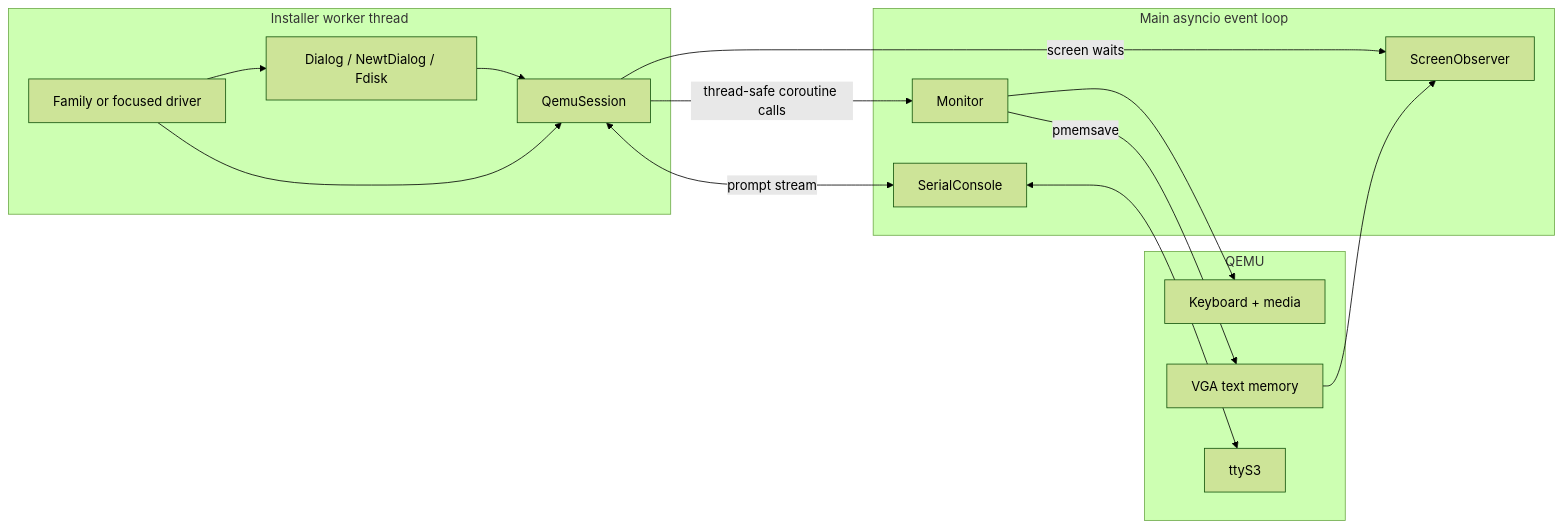
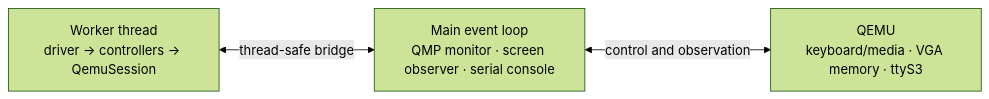
The fourth of 7 diagrams in ARCHITECTURE.md (jblang/retrodist), drawn with Mermaid (forest theme) before and after one commit. The commit also changed other lines of this file and 6 other files, not shown here.

````diff
--- a/ARCHITECTURE.md
+++ b/ARCHITECTURE.md
@@ -174,29 +172,9 @@
 ```mermaid
 flowchart LR
-    subgraph worker[Installer worker thread]
-        driver["Family or focused driver"]
-        dialog["Dialog / NewtDialog / Fdisk"]
-        session["QemuSession"]
-        driver --> dialog --> session
-        driver --> session
-    end
+    worker["Worker thread<br/>driver → controllers → QemuSession"]
+    eventloop["Main event loop<br/>QMP monitor · screen observer · serial console"]
+    qemu["QEMU<br/>keyboard/media · VGA memory · ttyS3"]
 
-    subgraph loop[Main asyncio event loop]
-        qmp["Monitor"]
-        vga["ScreenObserver"]
-        serial["SerialConsole"]
-    end
-
-    subgraph qemu[QEMU]
-        keyboard["Keyboard + media"]
-        memory["VGA text memory"]
-        tty["ttyS3"]
-    end
-
-    session -->|thread-safe coroutine calls| qmp
-    session -->|screen waits| vga
-    session <-->|prompt stream| serial
-    qmp --> keyboard
-    qmp -->|pmemsave| memory --> vga
-    serial <--> tty
+    worker <-->|thread-safe bridge| eventloop
+    eventloop <-->|control and observation| qemu
 ```
````
